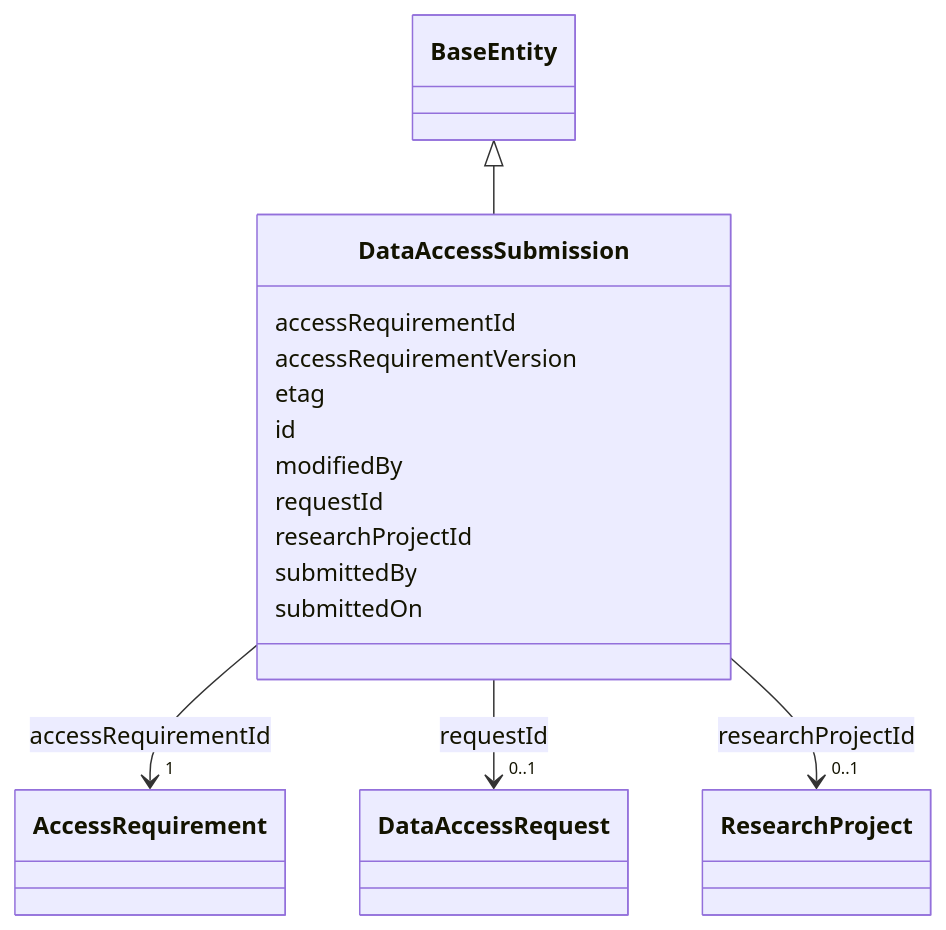
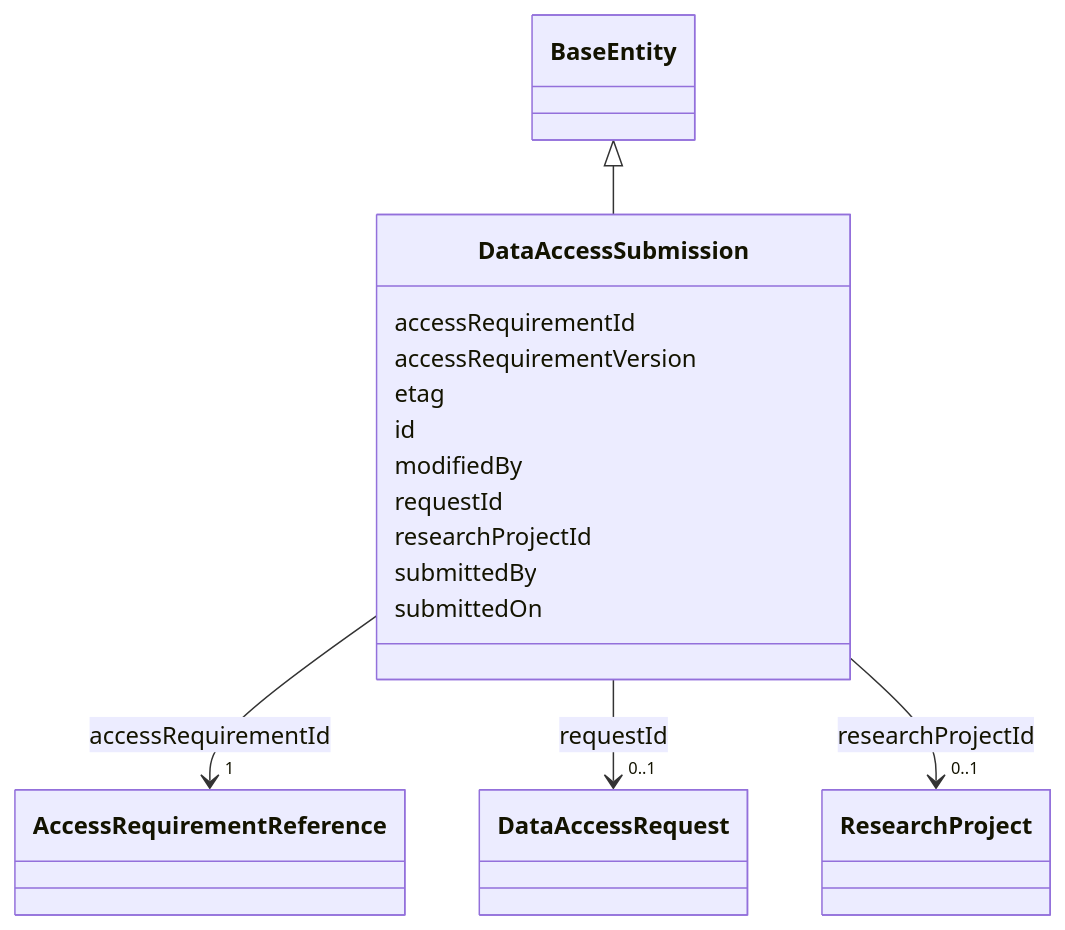
The diagram in docs/reference/classes/DataAccessSubmission.md (mc2-center/governanceDUO), drawn with Mermaid before and after one commit. The commit also changed other lines of this file and 18 other files, not shown here.

First line of the commit message:
Update docs for the AccessRequirementReference class

````diff
--- a/docs/reference/classes/DataAccessSubmission.md
+++ b/docs/reference/classes/DataAccessSubmission.md
@@ -25,54 +25,54 @@
 ```mermaid
  classDiagram
     class DataAccessSubmission
     click DataAccessSubmission href "../../classes/DataAccessSubmission/"
       BaseEntity <|-- DataAccessSubmission
         click BaseEntity href "../../classes/BaseEntity/"
       
       DataAccessSubmission : accessRequirementId
         
           
     
         
         
-        DataAccessSubmission --> "1" AccessRequirement : accessRequirementId
-        click AccessRequirement href "../../classes/AccessRequirement/"
+        DataAccessSubmission --> "1" AccessRequirementReference : accessRequirementId
+        click AccessRequirementReference href "../../classes/AccessRequirementReference/"
     
 
         
       DataAccessSubmission : accessRequirementVersion
         
       DataAccessSubmission : etag
         
       DataAccessSubmission : id
         
       DataAccessSubmission : modifiedBy
         
       DataAccessSubmission : requestId
         
           
     
         
         
         DataAccessSubmission --> "0..1" DataAccessRequest : requestId
         click DataAccessRequest href "../../classes/DataAccessRequest/"
     
 
         
       DataAccessSubmission : researchProjectId
         
           
     
         
         
         DataAccessSubmission --> "0..1" ResearchProject : researchProjectId
         click ResearchProject href "../../classes/ResearchProject/"
     
 
         
       DataAccessSubmission : submittedBy
         
       DataAccessSubmission : submittedOn
         
       
 ```
````
